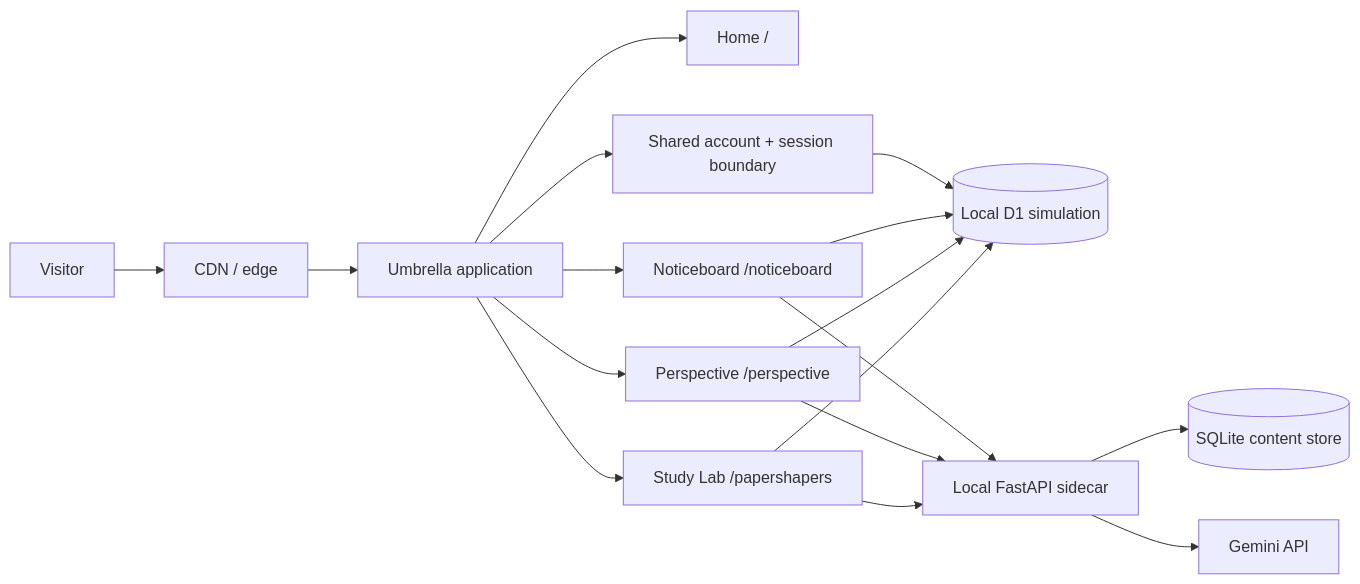
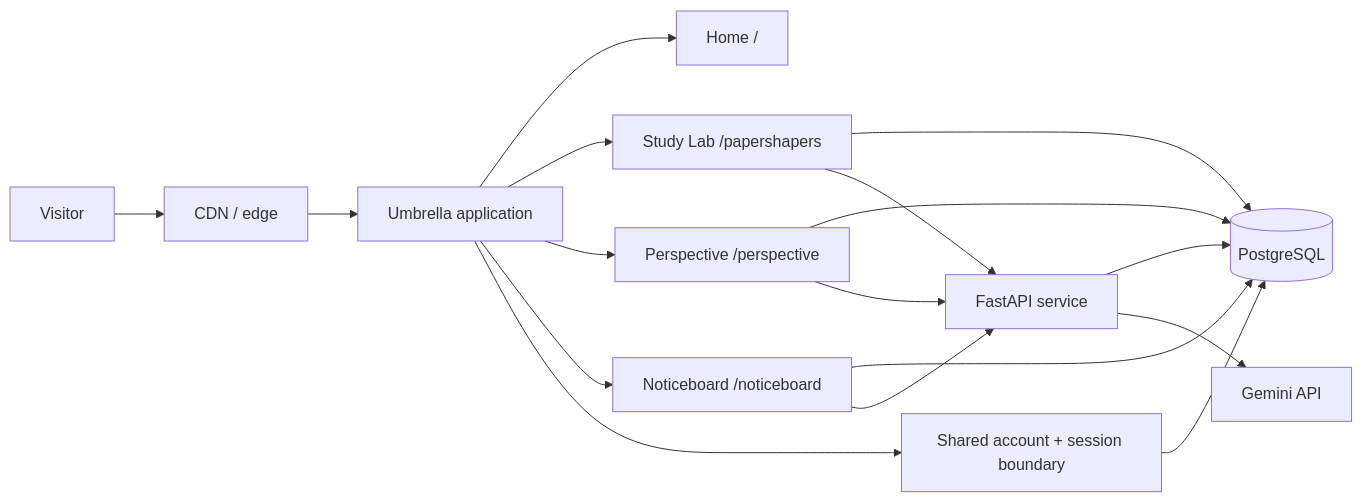
Before and after one commit to papershaper07x/papershapers_new: the first of 3 diagrams in docs/SYSTEM_DESIGN.md, drawn with Mermaid. The commit also changed other lines of this file and 33 other files, not shown here.

Commit message:
Migrate Paper Shapers persistence to PostgreSQL

````diff
--- a/docs/SYSTEM_DESIGN.md
+++ b/docs/SYSTEM_DESIGN.md
@@ -9,19 +9,19 @@
 ```mermaid
 flowchart LR
   V[Visitor] --> E[CDN / edge]
   E --> U[Umbrella application]
   U --> H[Home /]
   U --> S[Study Lab /papershapers]
   U --> P[Perspective /perspective]
   U --> N[Noticeboard /noticeboard]
-  S --> D1[(Local D1 simulation)]
-  P --> D1
-  N --> D1
+  S --> PG[(PostgreSQL)]
+  P --> PG
+  N --> PG
   U --> AUTH[Shared account + session boundary]
-  AUTH --> D1
-  S --> API[Local FastAPI sidecar]
+  AUTH --> PG
+  S --> API[FastAPI service]
   P --> API
   N --> API
-  API --> SQL[(SQLite content store)]
+  API --> PG
   API --> LLM[Gemini API]
 ```
````
